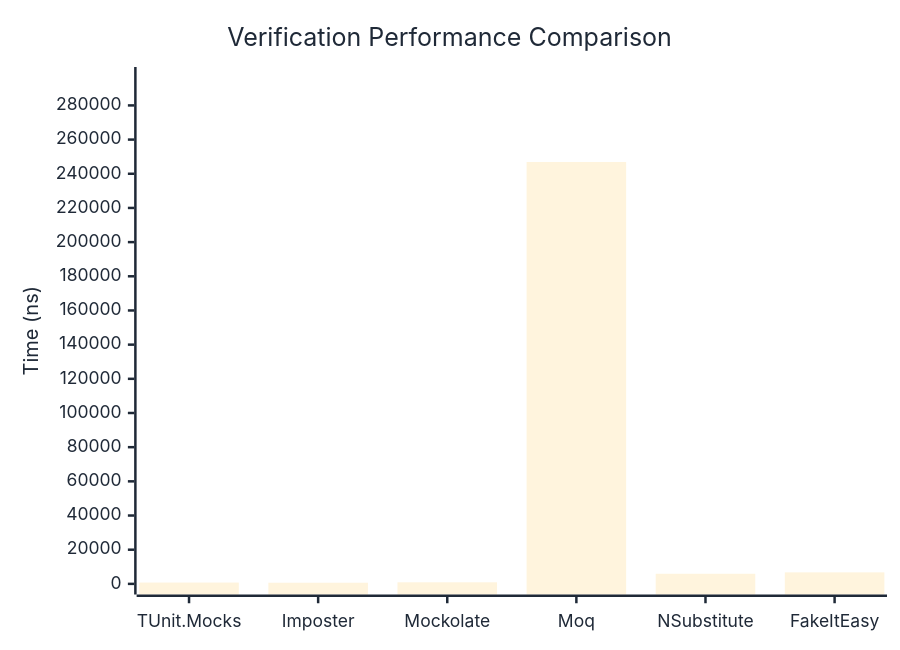
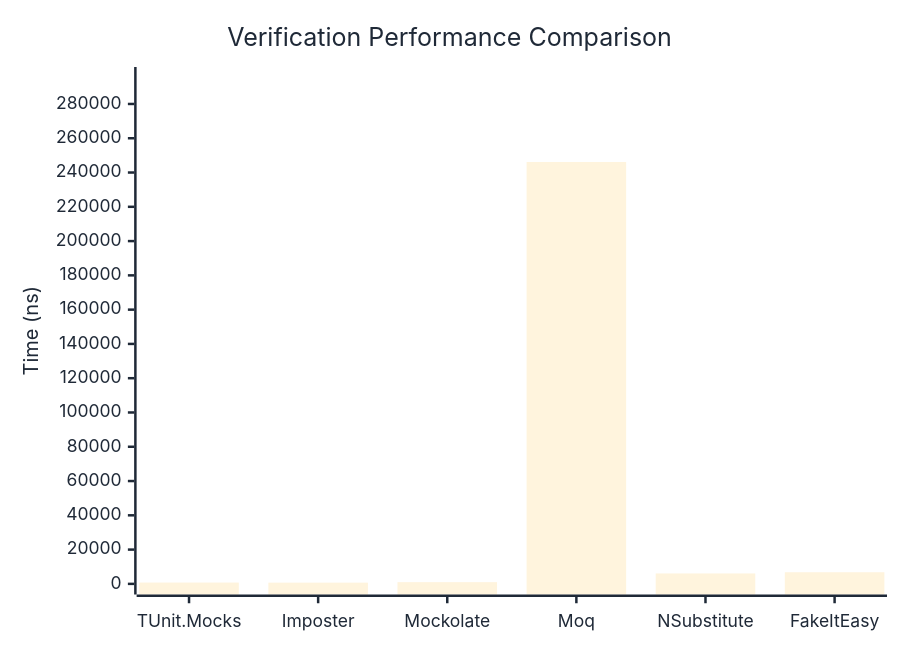
The first of 3 diagrams in docs/docs/benchmarks/mocks/Verification.md (thomhurst/TUnit), drawn with Mermaid before and after one commit. The commit also changed other lines of this file and 14 other files, not shown here.

````diff
--- a/docs/docs/benchmarks/mocks/Verification.md
+++ b/docs/docs/benchmarks/mocks/Verification.md
@@ -28,27 +28,27 @@
 ```mermaid
 %%{init: {
   'theme':'base',
   'themeVariables': {
     'primaryColor': '#2563eb',
     'primaryTextColor': '#1f2937',
     'primaryBorderColor': '#1e40af',
     'lineColor': '#6b7280',
     'secondaryColor': '#7c3aed',
     'tertiaryColor': '#dc2626',
     'background': '#ffffff',
     'pie1': '#2563eb',
     'pie2': '#7c3aed',
     'pie3': '#dc2626',
     'pie4': '#f59e0b',
     'pie5': '#10b981',
     'pie6': '#06b6d4',
     'pie7': '#ec4899',
     'pie8': '#6366f1'
   }
 }}%%
 xychart-beta
   title "Verification Performance Comparison"
   x-axis ["TUnit.Mocks", "Imposter", "Mockolate", "Moq", "NSubstitute", "FakeItEasy"]
-  y-axis "Time (ns)" 0 --> 296262
-  bar [767.48, 677.31, 916.33, 246884.95, 5913.41, 6730.82]
+  y-axis "Time (ns)" 0 --> 295368
+  bar [766.3, 710.72, 1003.08, 246139.47, 6085.89, 6790.79]
 ```
````
